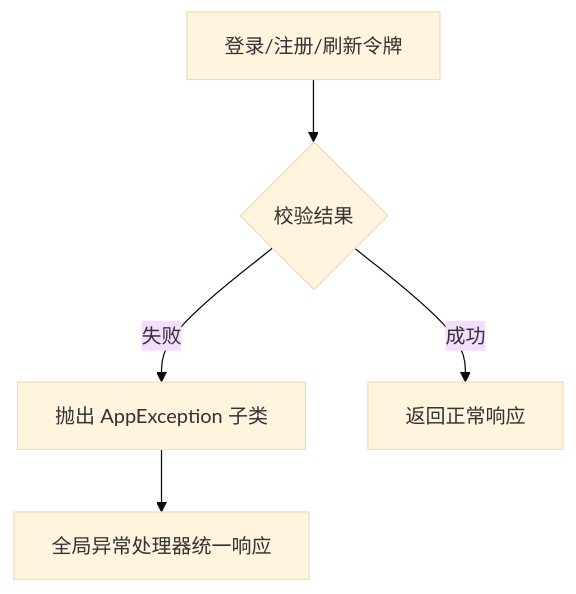
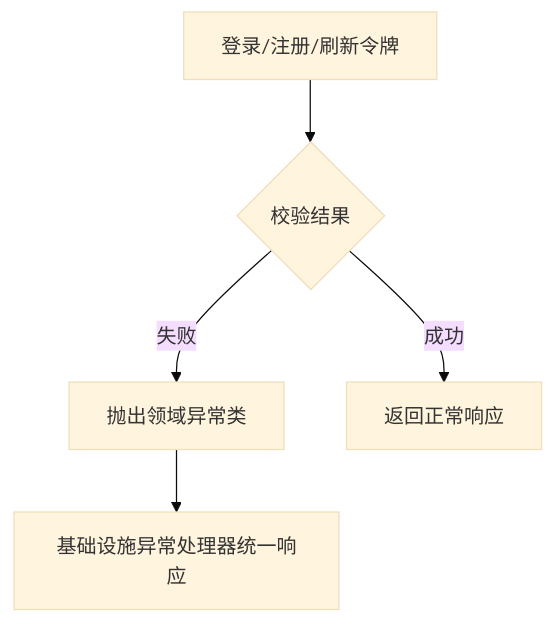
One commit to taoweidong/Hello-FastApi changed the seventh of 8 diagrams in .qoder/repowiki/zh/content/项目概述/核心特性/异常处理.md. Above: the diagram before and after it, drawn with Mermaid (base theme). The commit also changed other lines of this file and 22 other files, not shown here.

````diff
--- a/.qoder/repowiki/zh/content/项目概述/核心特性/异常处理.md
+++ b/.qoder/repowiki/zh/content/项目概述/核心特性/异常处理.md
@@ -298,7 +309,7 @@
 ```mermaid
 flowchart TD
 A["登录/注册/刷新令牌"] --> B{"校验结果"}
-B --> |失败| C["抛出 AppException 子类"]
+B --> |失败| C["抛出领域异常类"]
 B --> |成功| D["返回正常响应"]
-C --> E["全局异常处理器统一响应"]
+C --> E["基础设施异常处理器统一响应"]
 ```
````
